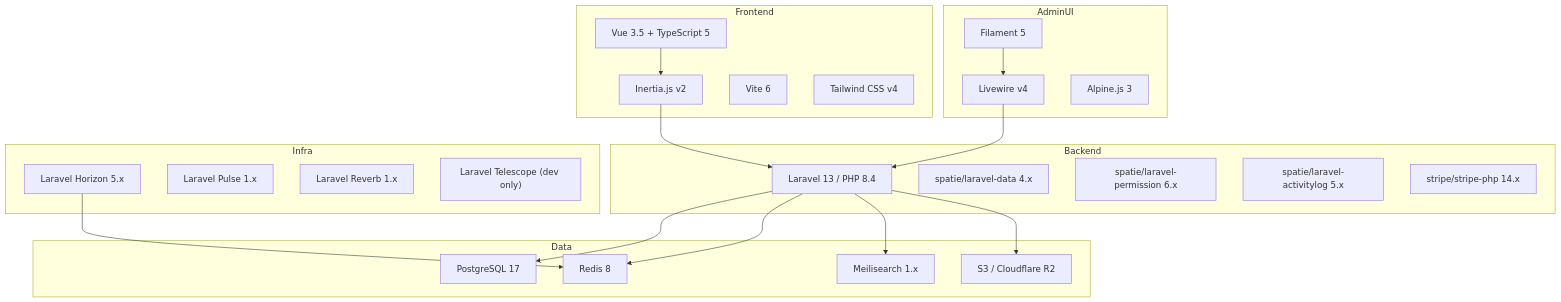
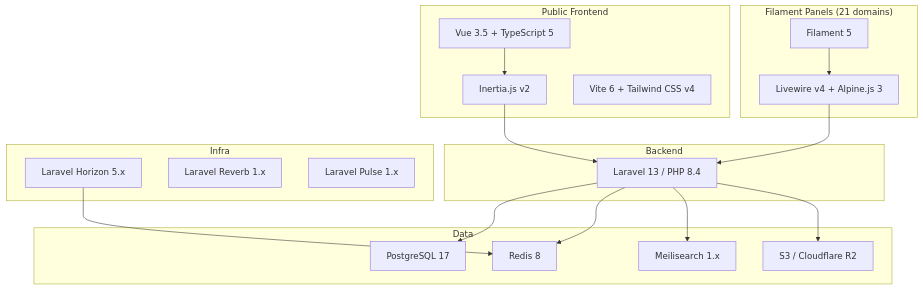
Before and after one commit to Max-Nijenkamp/FlowFlex: the first of 2 diagrams in vault/architecture/tech-stack.md, drawn with Mermaid. The commit also changed other lines of this file and 679 other files, not shown here.

````diff
--- a/vault/architecture/tech-stack.md
+++ b/vault/architecture/tech-stack.md
@@ -13,45 +13,35 @@
 ```mermaid
 graph TD
-    subgraph Frontend
+    subgraph "Public Frontend"
         Vue3["Vue 3.5 + TypeScript 5"]
         Inertia["Inertia.js v2"]
-        Vite["Vite 6"]
-        Tailwind["Tailwind CSS v4"]
+        Vite["Vite 6 + Tailwind CSS v4"]
     end
 
-    subgraph AdminUI
+    subgraph "Filament Panels (21 domains)"
         Filament5["Filament 5"]
-        Livewire["Livewire v4"]
-        Alpine["Alpine.js 3"]
+        Livewire["Livewire v4 + Alpine.js 3"]
     end
 
-    subgraph Backend
+    subgraph "Backend"
         Laravel["Laravel 13 / PHP 8.4"]
-        SpatieData["spatie/laravel-data 4.x"]
-        SpatiePermission["spatie/laravel-permission 6.x"]
-        SpatieActivity["spatie/laravel-activitylog 5.x"]
-        Stripe["stripe/stripe-php 14.x"]
     end
 
-    subgraph Infra
-        Horizon["Laravel Horizon 5.x"]
-        Pulse["Laravel Pulse 1.x"]
-        Reverb["Laravel Reverb 1.x"]
-        Telescope["Laravel Telescope (dev only)"]
-    end
-
-    subgraph Data
+    subgraph "Data"
         PG["PostgreSQL 17"]
         Redis["Redis 8"]
         Meili["Meilisearch 1.x"]
         S3["S3 / Cloudflare R2"]
     end
 
+    subgraph "Infra"
+        Horizon["Laravel Horizon 5.x"]
+        Reverb["Laravel Reverb 1.x"]
+        Pulse["Laravel Pulse 1.x"]
+    end
+
     Vue3 --> Inertia --> Laravel
     Filament5 --> Livewire --> Laravel
-    Laravel --> PG
-    Laravel --> Redis
-    Laravel --> Meili
-    Laravel --> S3
+    Laravel --> PG & Redis & Meili & S3
     Horizon --> Redis
 ```
````
